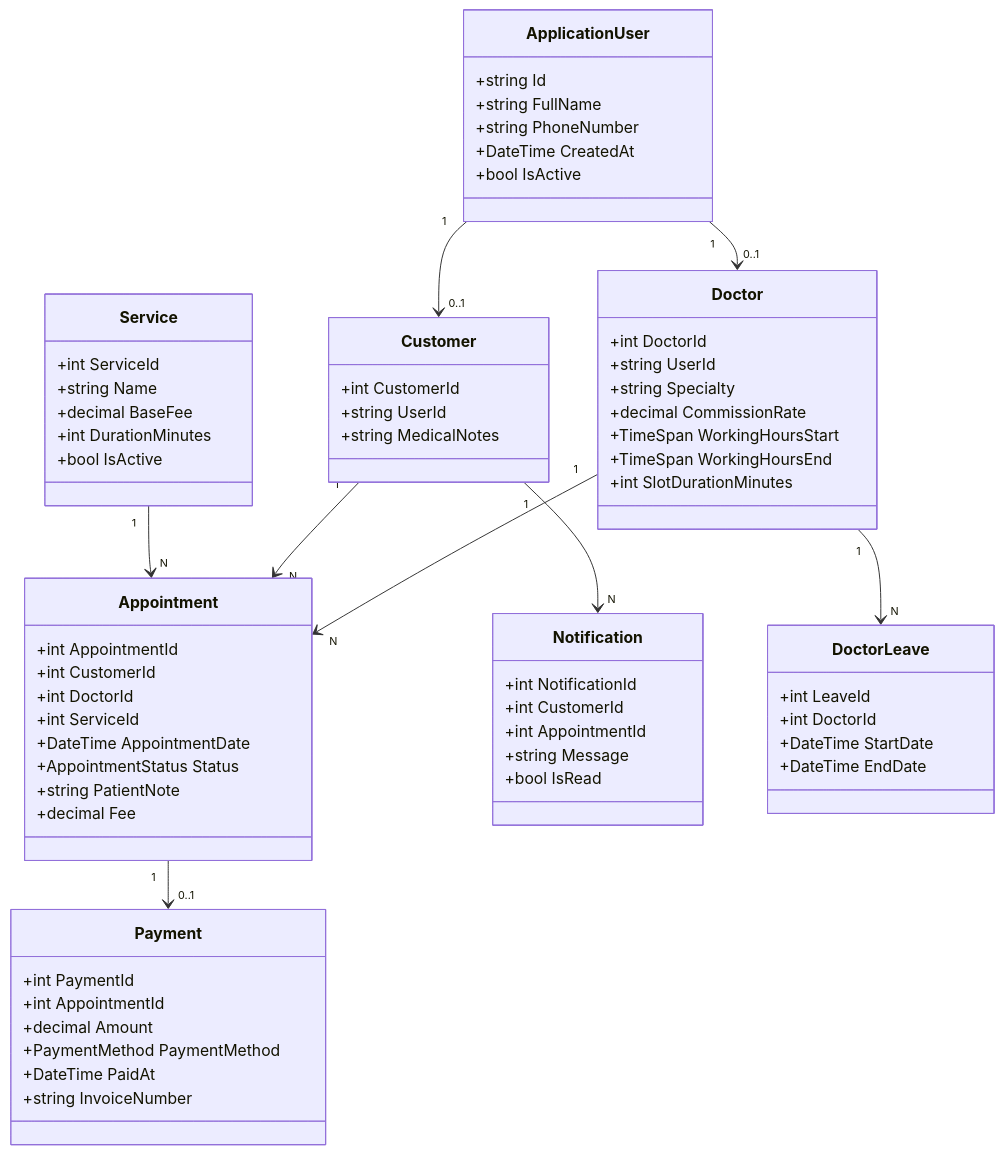
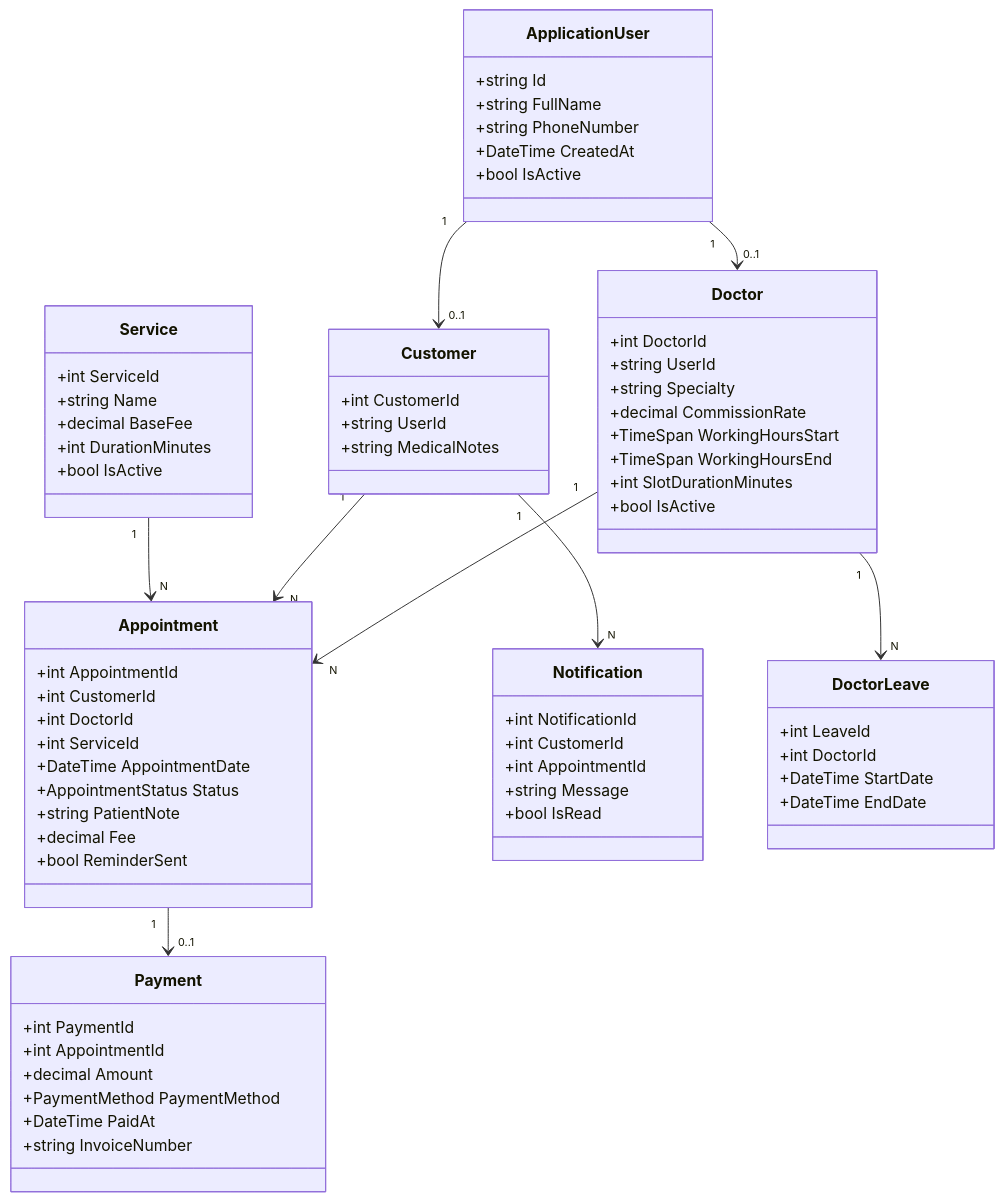
Before and after one commit to 1sevvalyesilyurt/dentacare: the third of 10 diagrams in Dental_Rapor.md, drawn with Mermaid. The commit also changed other lines of this file and 1 other file, not shown here.

````diff
--- a/Dental_Rapor.md
+++ b/Dental_Rapor.md
@@ -508,78 +456,73 @@
 ```mermaid
 classDiagram
     class ApplicationUser {
         +string Id
         +string FullName
         +string PhoneNumber
         +DateTime CreatedAt
         +bool IsActive
     }
-
     class Doctor {
         +int DoctorId
         +string UserId
         +string Specialty
         +decimal CommissionRate
         +TimeSpan WorkingHoursStart
         +TimeSpan WorkingHoursEnd
         +int SlotDurationMinutes
+        +bool IsActive
     }
-
     class Customer {
         +int CustomerId
         +string UserId
         +string MedicalNotes
     }
-
     class Service {
         +int ServiceId
         +string Name
         +decimal BaseFee
         +int DurationMinutes
         +bool IsActive
     }
-
     class Appointment {
         +int AppointmentId
         +int CustomerId
         +int DoctorId
         +int ServiceId
         +DateTime AppointmentDate
         +AppointmentStatus Status
         +string PatientNote
         +decimal Fee
+        +bool ReminderSent
     }
-
     class Payment {
         +int PaymentId
         +int AppointmentId
         +decimal Amount
         +PaymentMethod PaymentMethod
         +DateTime PaidAt
         +string InvoiceNumber
     }
-
     class Notification {
         +int NotificationId
         +int CustomerId
         +int AppointmentId
         +string Message
         +bool IsRead
     }
-
     class DoctorLeave {
         +int LeaveId
         +int DoctorId
         +DateTime StartDate
         +DateTime EndDate
     }
 
     ApplicationUser "1" --> "0..1" Doctor
     ApplicationUser "1" --> "0..1" Customer
     Doctor "1" --> "N" Appointment
     Customer "1" --> "N" Appointment
     Service "1" --> "N" Appointment
     Appointment "1" --> "0..1" Payment
     Customer "1" --> "N" Notification
     Doctor "1" --> "N" DoctorLeave
 ```
````
